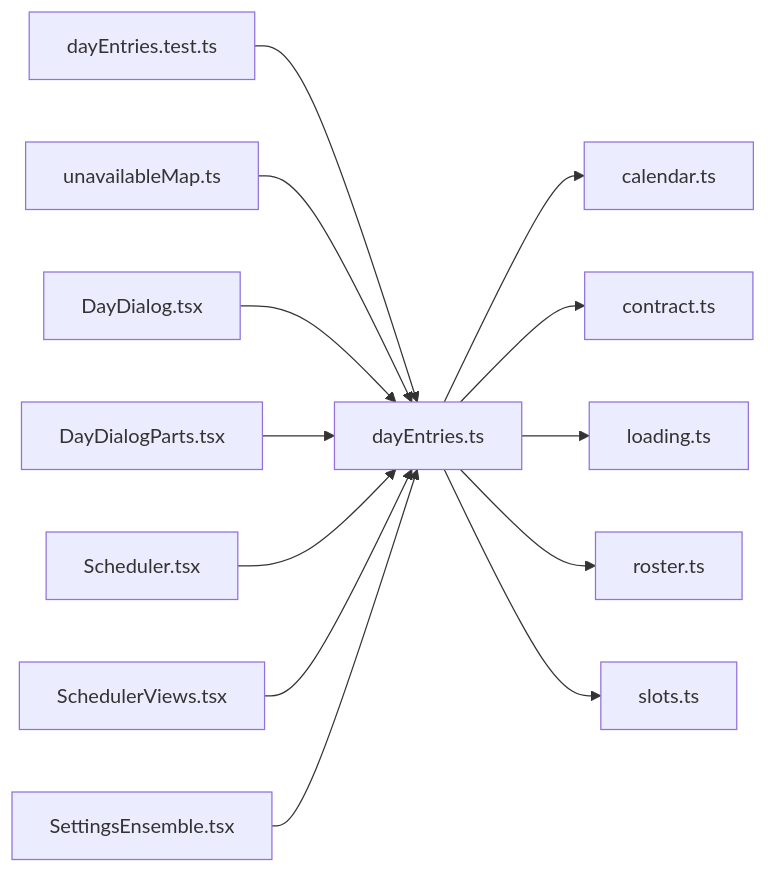
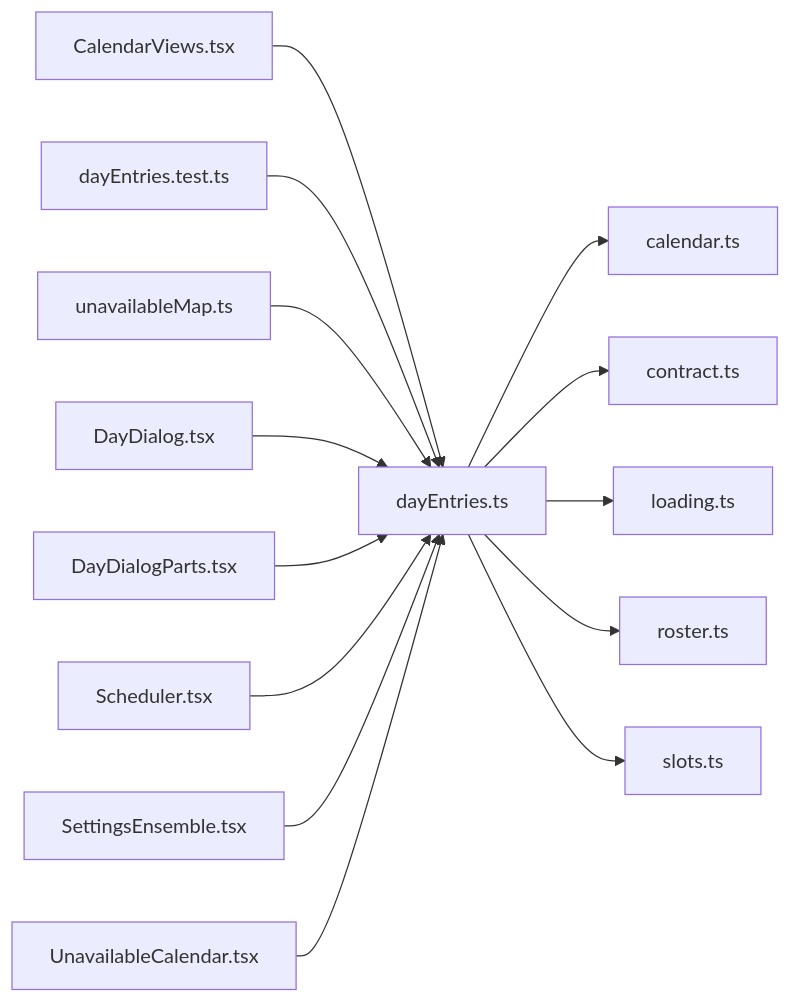
The diagram in .cluedoc/graph/frontend/src/lib/dayEntries.md (minkong-dev/Banblit), drawn with Mermaid before and after one commit. The commit also changed other lines of this file and 45 other files, not shown here.

First line of the commit message:
frontend: show unavailable times as a member calendar and a team heatmap

````diff
--- a/.cluedoc/graph/frontend/src/lib/dayEntries.md
+++ b/.cluedoc/graph/frontend/src/lib/dayEntries.md
@@ -10,16 +10,17 @@
 ```mermaid
 flowchart LR
   frontend_src_lib_dayEntries["dayEntries.ts"]
   frontend_src_lib_dayEntries --> frontend_src_lib_calendar["calendar.ts"]
   frontend_src_lib_dayEntries --> frontend_src_lib_contract["contract.ts"]
   frontend_src_lib_dayEntries --> frontend_src_lib_loading["loading.ts"]
   frontend_src_lib_dayEntries --> frontend_src_lib_roster["roster.ts"]
   frontend_src_lib_dayEntries --> frontend_src_lib_slots["slots.ts"]
+  frontend_src_components_CalendarViews["CalendarViews.tsx"] --> frontend_src_lib_dayEntries
   frontend_src_lib_dayEntries_test["dayEntries.test.ts"] --> frontend_src_lib_dayEntries
   frontend_src_lib_unavailableMap["unavailableMap.ts"] --> frontend_src_lib_dayEntries
   frontend_src_routes_DayDialog["DayDialog.tsx"] --> frontend_src_lib_dayEntries
   frontend_src_routes_DayDialogParts["DayDialogParts.tsx"] --> frontend_src_lib_dayEntries
   frontend_src_routes_Scheduler["Scheduler.tsx"] --> frontend_src_lib_dayEntries
-  frontend_src_routes_SchedulerViews["SchedulerViews.tsx"] --> frontend_src_lib_dayEntries
   frontend_src_routes_SettingsEnsemble["SettingsEnsemble.tsx"] --> frontend_src_lib_dayEntries
+  frontend_src_routes_UnavailableCalendar["UnavailableCalendar.tsx"] --> frontend_src_lib_dayEntries
 ```
````
